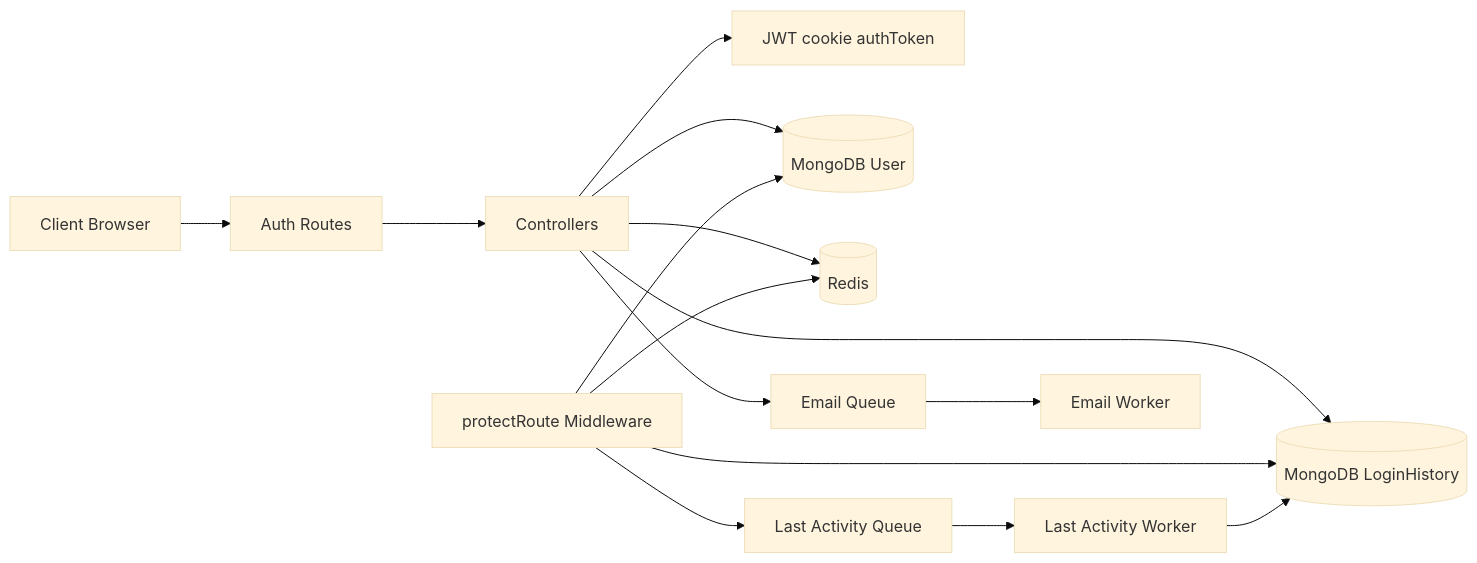
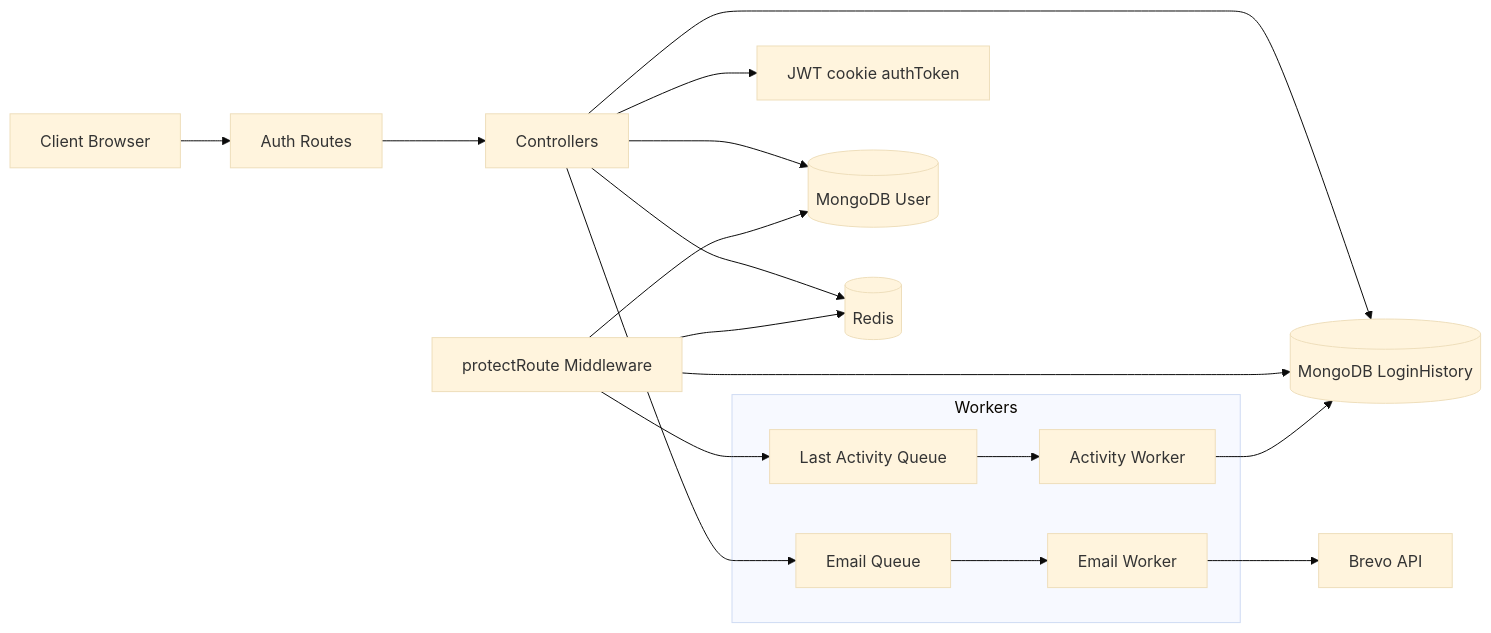
One commit to IamDevTrivedi/Trimium changed the first of 10 diagrams in docs/architecture/AUTHENTICATION_AND_SESSION_MANAGEMENT_ARCHITECTURE.md. Above: the diagram before and after it, drawn with Mermaid (base theme). The commit also changed other lines of this file and 5 other files, not shown here.

````diff
--- a/docs/architecture/AUTHENTICATION_AND_SESSION_MANAGEMENT_ARCHITECTURE.md
+++ b/docs/architecture/AUTHENTICATION_AND_SESSION_MANAGEMENT_ARCHITECTURE.md
@@ -29,21 +17,24 @@
 ```mermaid
 flowchart LR
     C[Client Browser] --> A[Auth Routes]
     A --> B[Controllers]
 
     B --> D[JWT cookie authToken]
     B --> E[(MongoDB User)]
     B --> F[(MongoDB LoginHistory)]
     B --> G[(Redis)]
     B --> H[Email Queue]
 
     I[protectRoute Middleware] --> G
     I --> E
     I --> F
     I --> J[Last Activity Queue]
 
-    J --> K[Last Activity Worker]
-    K --> F
+    subgraph Workers
+        H --> K[Email Worker]
+        J --> L[Activity Worker]
+    end
 
-    H --> L[Email Worker]
+    K --> M[Brevo API]
+    L --> F
 ```
````
